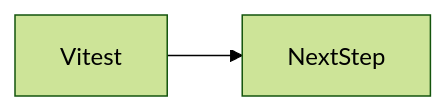
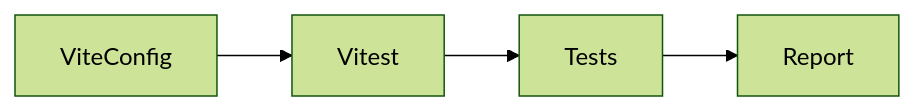
One commit to OmidJavaherii/Frontend-Engineering-Handbook changed the second of 2 diagrams in docs/en/16-testing/vitest/index.md. Above: the diagram before and after it, drawn with Mermaid (forest theme). The commit also changed other lines of this file and 461 other files, not shown here.

````diff
--- a/docs/en/16-testing/vitest/index.md
+++ b/docs/en/16-testing/vitest/index.md
@@ -94,4 +114,6 @@
 ```mermaid
 flowchart LR
-  concept[Vitest] --> nextStep[NextStep]
+  ViteConfig --> Vitest
+  Vitest --> Tests
+  Tests --> Report
 ```
````
